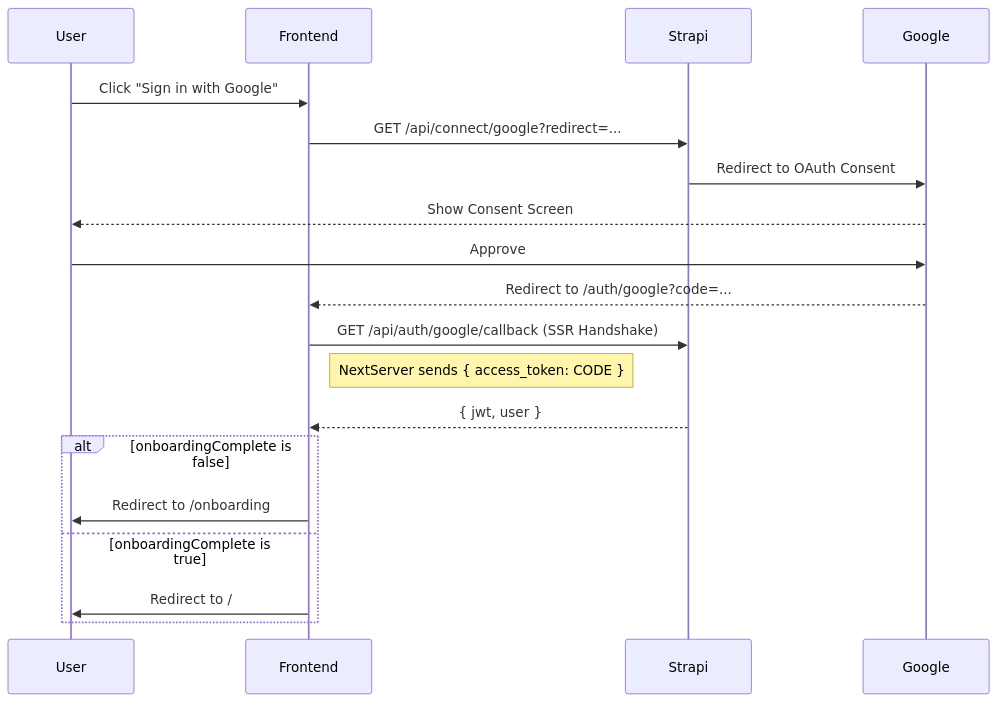
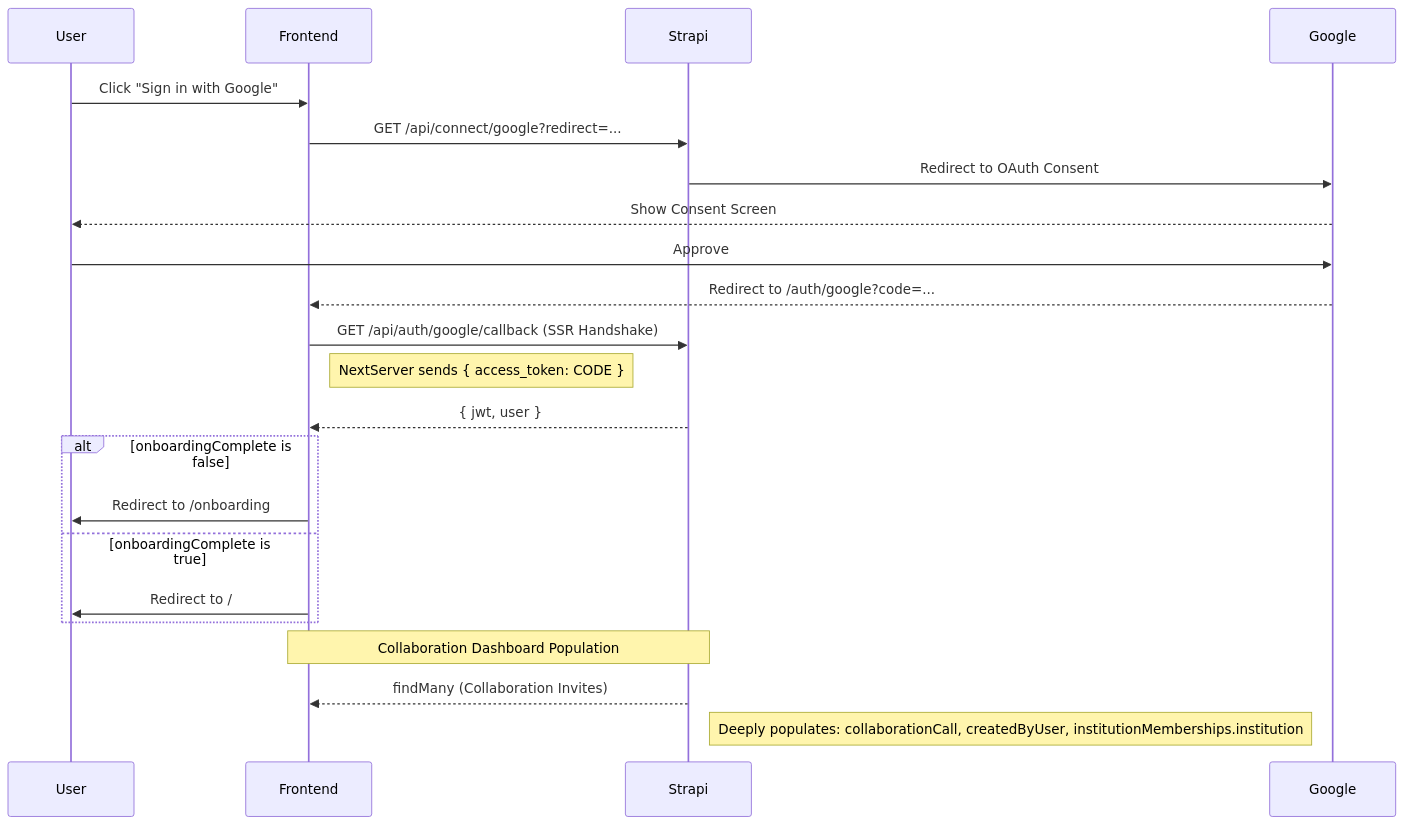
The fourth of 4 diagrams in docs/low-level-design.md (akvo/science-for-africa), drawn with Mermaid before and after one commit. The commit also changed other lines of this file and 23 other files, not shown here.

````diff
--- a/docs/low-level-design.md
+++ b/docs/low-level-design.md
@@ -702,22 +705,26 @@
 ```mermaid
 sequenceDiagram
     participant User
     participant Frontend
     participant Strapi
     participant Google
 
     User->>Frontend: Click "Sign in with Google"
     Frontend->>Strapi: GET /api/connect/google?redirect=...
     Strapi->>Google: Redirect to OAuth Consent
     Google-->>User: Show Consent Screen
     User->>Google: Approve
     Google-->>Frontend: Redirect to /auth/google?code=...
     Frontend->>Strapi: GET /api/auth/google/callback (SSR Handshake)
     Note right of Frontend: NextServer sends { access_token: CODE }
     Strapi-->>Frontend: { jwt, user }
     alt onboardingComplete is false
         Frontend->>User: Redirect to /onboarding
     else onboardingComplete is true
         Frontend->>User: Redirect to /
     end
+
+    Note over Strapi, Frontend: Collaboration Dashboard Population
+    Strapi-->>Frontend: findMany (Collaboration Invites)
+    Note right of Strapi: Deeply populates: collaborationCall, createdByUser, institutionMemberships.institution
 ```
````
